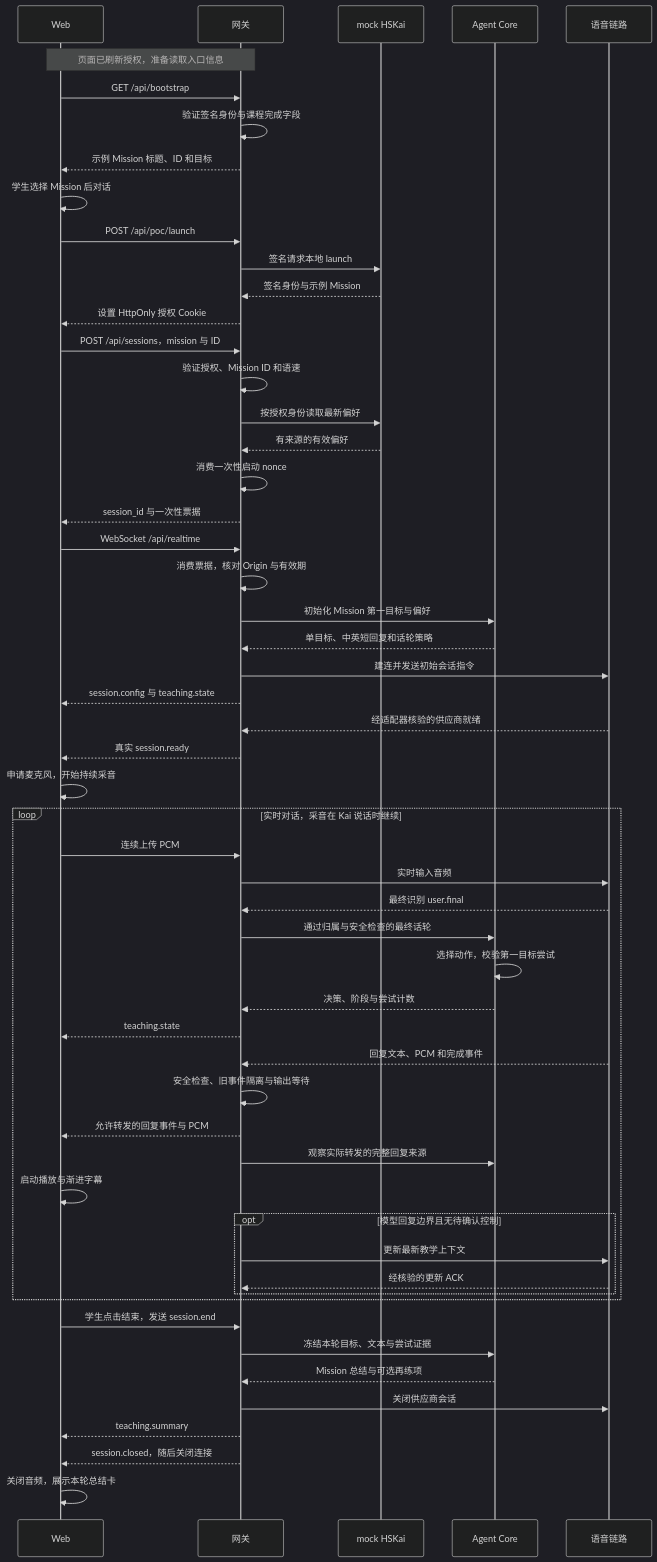
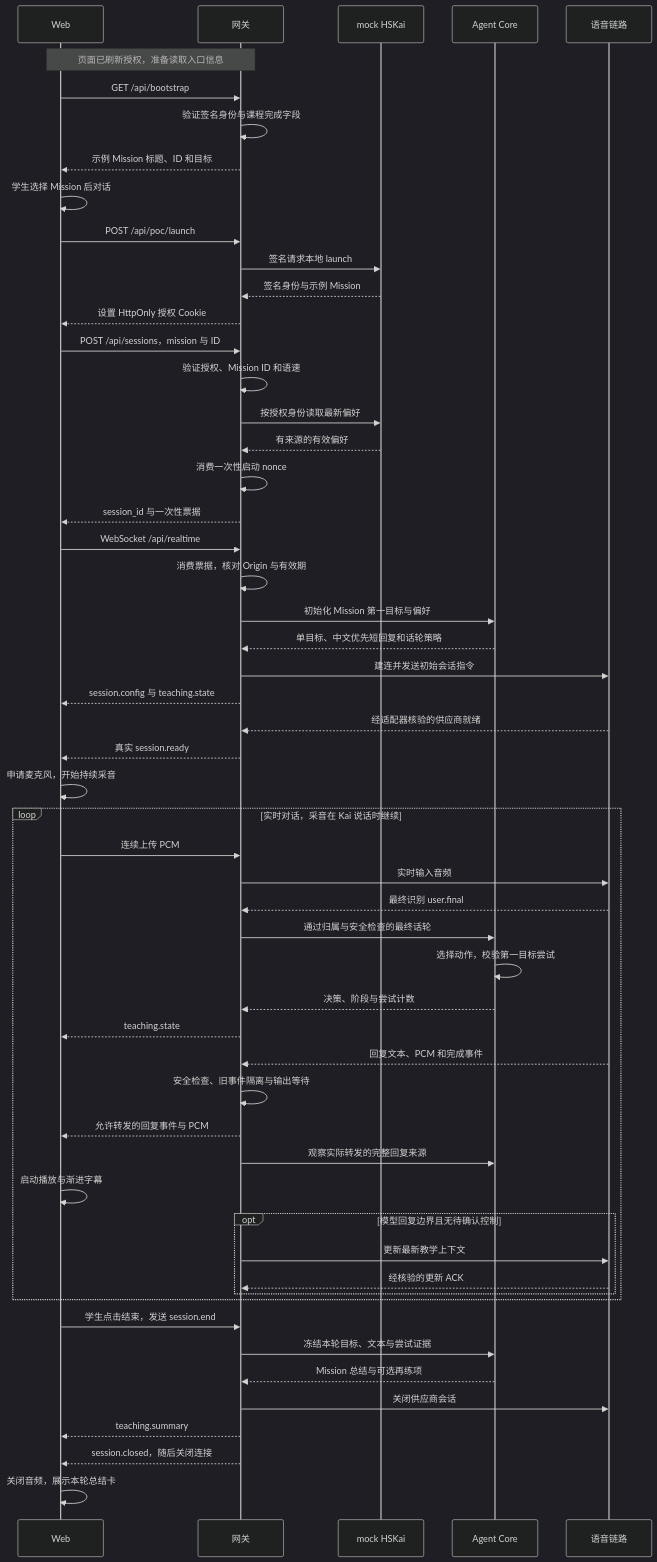
Before and after one commit to yqhuang-cyber/ask-kai: the second of 5 diagrams in README.md, drawn with Mermaid (dark theme). The commit also changed other lines of this file and 31 other files, not shown here.

````diff
--- a/README.md
+++ b/README.md
@@ -171,57 +179,57 @@
 ```mermaid
 sequenceDiagram
     participant W as Web
     participant G as 网关
     participant H as mock HSKai
     participant C as Agent Core
     participant P as 语音链路
     Note over W,G: 页面已刷新授权，准备读取入口信息
     W->>G: GET /api/bootstrap
     G->>G: 验证签名身份与课程完成字段
     G-->>W: 示例 Mission 标题、ID 和目标
     W->>W: 学生选择 Mission 后对话
     W->>G: POST /api/poc/launch
     G->>H: 签名请求本地 launch
     H-->>G: 签名身份与示例 Mission
     G-->>W: 设置 HttpOnly 授权 Cookie
     W->>G: POST /api/sessions，mission 与 ID
     G->>G: 验证授权、Mission ID 和语速
     G->>H: 按授权身份读取最新偏好
     H-->>G: 有来源的有效偏好
     G->>G: 消费一次性启动 nonce
     G-->>W: session_id 与一次性票据
     W->>G: WebSocket /api/realtime
     G->>G: 消费票据，核对 Origin 与有效期
     G->>C: 初始化 Mission 第一目标与偏好
-    C-->>G: 单目标、中英短回复和话轮策略
+    C-->>G: 单目标、中文优先短回复和话轮策略
     G->>P: 建连并发送初始会话指令
     G-->>W: session.config 与 teaching.state
     P-->>G: 经适配器核验的供应商就绪
     G-->>W: 真实 session.ready
     W->>W: 申请麦克风，开始持续采音
     loop 实时对话，采音在 Kai 说话时继续
         W->>G: 连续上传 PCM
         G->>P: 实时输入音频
         P-->>G: 最终识别 user.final
         G->>C: 通过归属与安全检查的最终话轮
         C->>C: 选择动作，校验第一目标尝试
         C-->>G: 决策、阶段与尝试计数
         G-->>W: teaching.state
         P-->>G: 回复文本、PCM 和完成事件
         G->>G: 安全检查、旧事件隔离与输出等待
         G-->>W: 允许转发的回复事件与 PCM
         G->>C: 观察实际转发的完整回复来源
         W->>W: 启动播放与渐进字幕
         opt 模型回复边界且无待确认控制
             G->>P: 更新最新教学上下文
             P-->>G: 经核验的更新 ACK
         end
     end
     W->>G: 学生点击结束，发送 session.end
     G->>C: 冻结本轮目标、文本与尝试证据
     C-->>G: Mission 总结与可选再练项
     G->>P: 关闭供应商会话
     G-->>W: teaching.summary
     G-->>W: session.closed，随后关闭连接
     W->>W: 关闭音频，展示本轮总结卡
 ```
````
